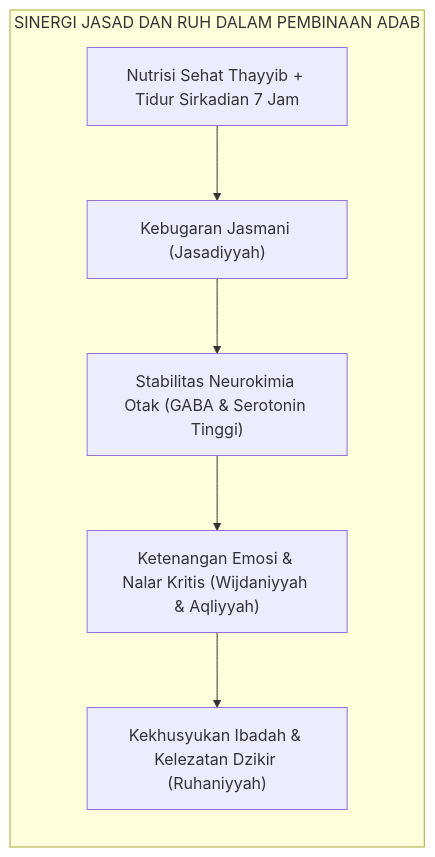
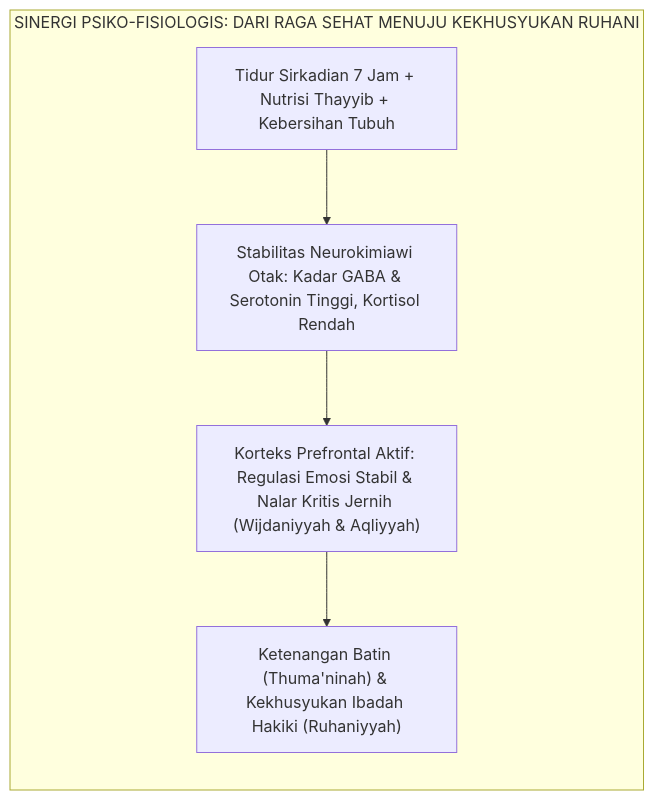
One commit to wandiapriliyandi/tumbuh changed the third of 4 diagrams in BOOK-SERIES/Volume-02/Bab-01-Arsitektur-Kapasitas-Holistik-Berbasis-Fitrah/02-Lima-Dimensi-Kapasitas-Holistik-Santri.md. Above: the diagram before and after it, drawn with Mermaid. The commit also changed other lines of this file and 18 other files, not shown here.

````diff
--- a/BOOK-SERIES/Volume-02/Bab-01-Arsitektur-Kapasitas-Holistik-Berbasis-Fitrah/02-Lima-Dimensi-Kapasitas-Holistik-Santri.md
+++ b/BOOK-SERIES/Volume-02/Bab-01-Arsitektur-Kapasitas-Holistik-Berbasis-Fitrah/02-Lima-Dimensi-Kapasitas-Holistik-Santri.md
@@ -64,9 +109,8 @@
 ```mermaid
 graph LR
-    subgraph SinergiJasadJiwa["SINERGI JASAD DAN RUH DALAM PEMBINAAN ADAB"]
-        Nutrisi["Nutrisi Sehat Thayyib + Tidur Sirkadian 7 Jam"] --> Fisik["Kebugaran Jasmani (Jasadiyyah)"]
-        Fisik --> Otak["Stabilitas Neurokimia Otak (GABA & Serotonin Tinggi)"]
-        Otak --> Emosi["Ketenangan Emosi & Nalar Kritis (Wijdaniyyah & Aqliyyah)"]
-        Emosi --> Ibadah["Kekhusyukan Ibadah & Kelezatan Dzikir (Ruhaniyyah)"]
+    subgraph SinergiJasadJiwa["SINERGI PSIKO-FISIOLOGIS: DARI RAGA SEHAT MENUJU KEKHUSYUKAN RUHANI"]
+        Tidur["Tidur Sirkadian 7 Jam + Nutrisi Thayyib + Kebersihan Tubuh"] --> Neurokimia["Stabilitas Neurokimiawi Otak: Kadar GABA & Serotonin Tinggi, Kortisol Rendah"]
+        Neurokimia --> EmosiPFC["Korteks Prefrontal Aktif: Regulasi Emosi Stabil & Nalar Kritis Jernih (Wijdaniyyah & Aqliyyah)"]
+        EmosiPFC --> Khusyuk["Ketenangan Batin (Thuma'ninah) & Kekhusyukan Ibadah Hakiki (Ruhaniyyah)"]
     end
 ```
````
